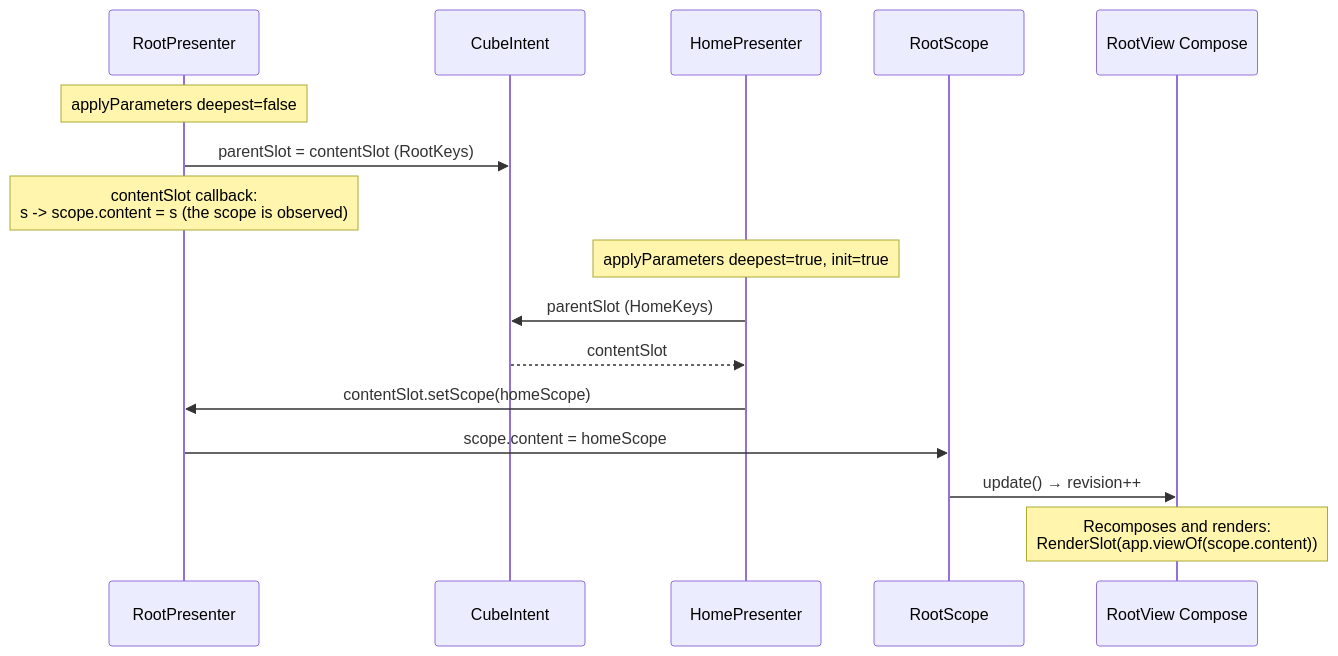
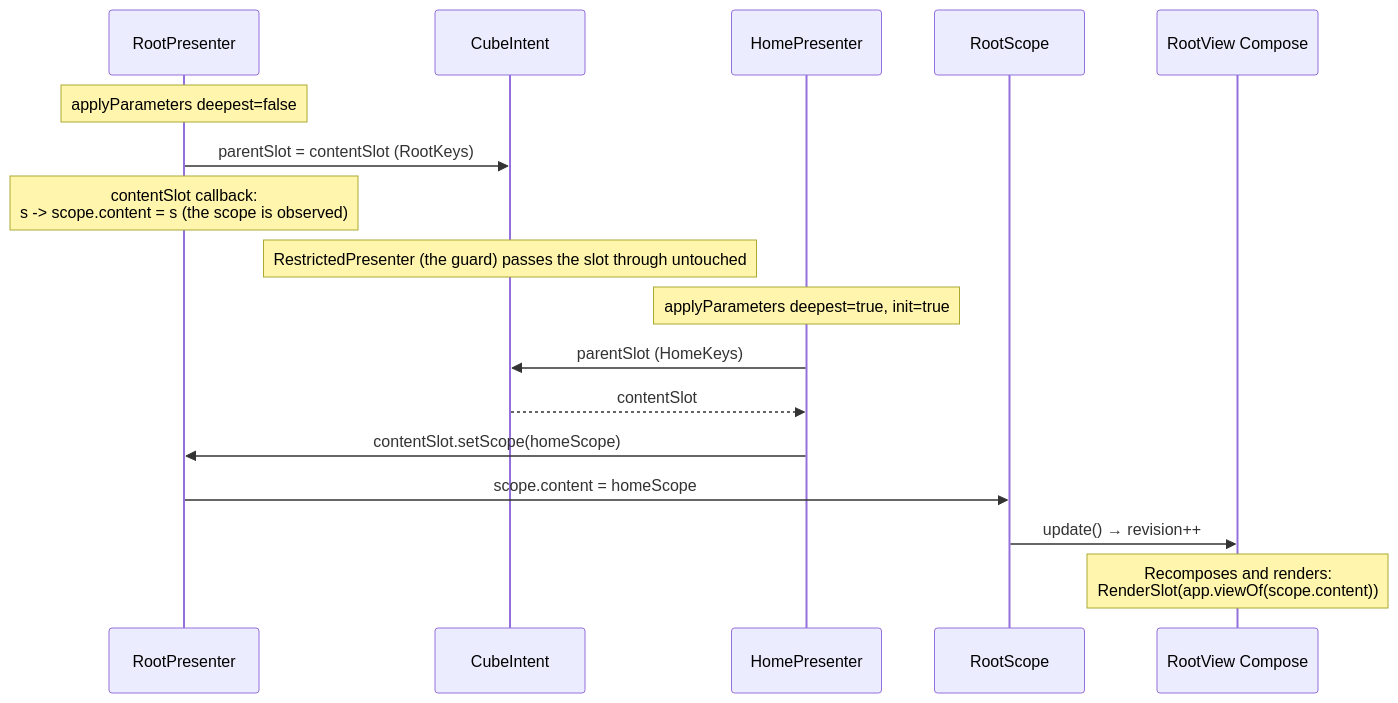
Before and after one commit to mrcdom/wdc-cube-kotlin: the sixth of 9 diagrams in docs/architecture-cube-compose.md, drawn with Mermaid. The commit also changed other lines of this file and 15 other files, not shown here.

First line of the commit message:
feat(presentation): open and restricted guard places, as in the Java version

````diff
--- a/docs/architecture-cube-compose.md
+++ b/docs/architecture-cube-compose.md
@@ -329,20 +329,21 @@
 ```mermaid
 sequenceDiagram
     participant Root as RootPresenter
     participant Intent as CubeIntent
     participant Home as HomePresenter
     participant RootScope
     participant RootView as RootView Compose
 
     Note over Root: applyParameters deepest=false
     Root->>Intent: parentSlot = contentSlot (RootKeys)
     Note over Root: contentSlot callback:<br/>s -> scope.content = s (the scope is observed)
 
+    Note over Intent: RestrictedPresenter (the guard) passes the slot through untouched
     Note over Home: applyParameters deepest=true, init=true
     Home->>Intent: parentSlot (HomeKeys)
     Intent-->>Home: contentSlot
     Home->>Root: contentSlot.setScope(homeScope)
     Root->>RootScope: scope.content = homeScope
     RootScope->>RootView: update() → revision++
     Note over RootView: Recomposes and renders:<br/>RenderSlot(app.viewOf(scope.content))
 ```
````
